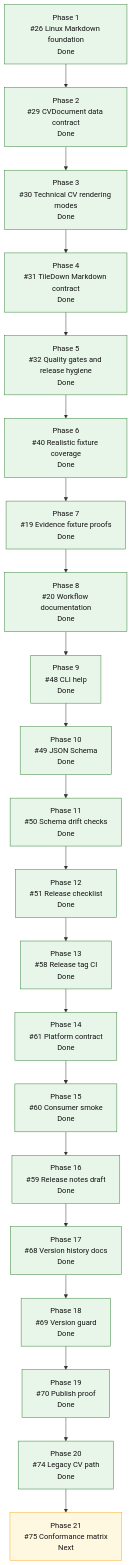
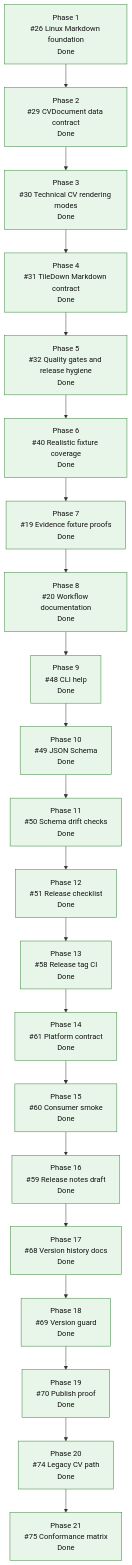
Before and after one commit to mihaelamj/cvbuilder: the diagram in README.md, drawn with Mermaid. The commit also changed 4 other files, not shown here.

First line of the commit message:
docs(research): add conformance matrix

````diff
--- a/README.md
+++ b/README.md
@@ -169,40 +169,40 @@
 ```mermaid
 flowchart TD
     P1["Phase 1<br/>#26 Linux Markdown foundation<br/>Done"]
     P2["Phase 2<br/>#29 CVDocument data contract<br/>Done"]
     P3["Phase 3<br/>#30 Technical CV rendering modes<br/>Done"]
     P4["Phase 4<br/>#31 TileDown Markdown contract<br/>Done"]
     P5["Phase 5<br/>#32 Quality gates and release hygiene<br/>Done"]
     P6["Phase 6<br/>#40 Realistic fixture coverage<br/>Done"]
     P7["Phase 7<br/>#19 Evidence fixture proofs<br/>Done"]
     P8["Phase 8<br/>#20 Workflow documentation<br/>Done"]
     P9["Phase 9<br/>#48 CLI help<br/>Done"]
     P10["Phase 10<br/>#49 JSON Schema<br/>Done"]
     P11["Phase 11<br/>#50 Schema drift checks<br/>Done"]
     P12["Phase 12<br/>#51 Release checklist<br/>Done"]
     P13["Phase 13<br/>#58 Release tag CI<br/>Done"]
     P14["Phase 14<br/>#61 Platform contract<br/>Done"]
     P15["Phase 15<br/>#60 Consumer smoke<br/>Done"]
     P16["Phase 16<br/>#59 Release notes draft<br/>Done"]
     P17["Phase 17<br/>#68 Version history docs<br/>Done"]
     P18["Phase 18<br/>#69 Version guard<br/>Done"]
     P19["Phase 19<br/>#70 Publish proof<br/>Done"]
     P20["Phase 20<br/>#74 Legacy CV path<br/>Done"]
-    P21["Phase 21<br/>#75 Conformance matrix<br/>Next"]
+    P21["Phase 21<br/>#75 Conformance matrix<br/>Done"]
 
     P1 --> P2 --> P3 --> P4 --> P5 --> P6 --> P7 --> P8 --> P9 --> P10 --> P11 --> P12 --> P13 --> P14 --> P15 --> P16 --> P17 --> P18 --> P19 --> P20 --> P21
 
     classDef done fill:#e8f5e9,stroke:#2e7d32,color:#111;
     classDef active fill:#fff3e0,stroke:#ef6c00,color:#111;
     classDef review fill:#e8f0fe,stroke:#1a73e8,color:#111;
     classDef next fill:#fff8e1,stroke:#f9a825,color:#111;
     classDef partial fill:#e0f7fa,stroke:#00838f,color:#111;
     classDef todo fill:#eef3ff,stroke:#3367d6,color:#111;
     class P1,P2,P3,P4 done;
     class P5,P6,P7,P8,P9,P10,P11,P12,P13,P14,P15,P16 done;
     class P17 done;
     class P18 done;
     class P19 done;
     class P20 done;
-    class P21 next;
+    class P21 done;
 ```
````
